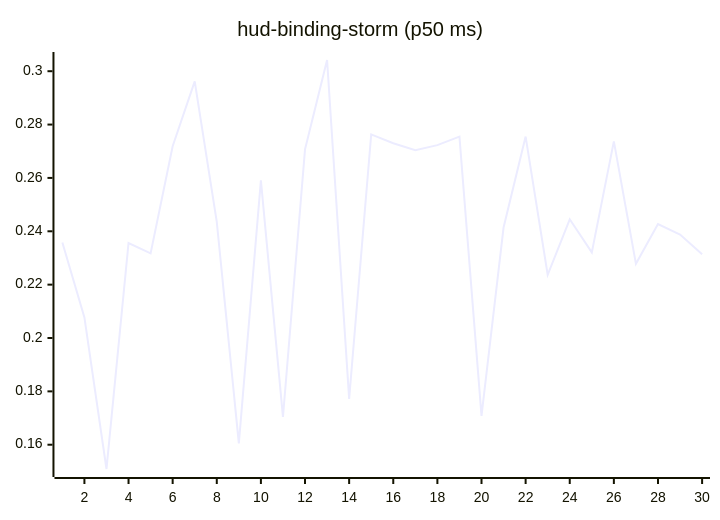
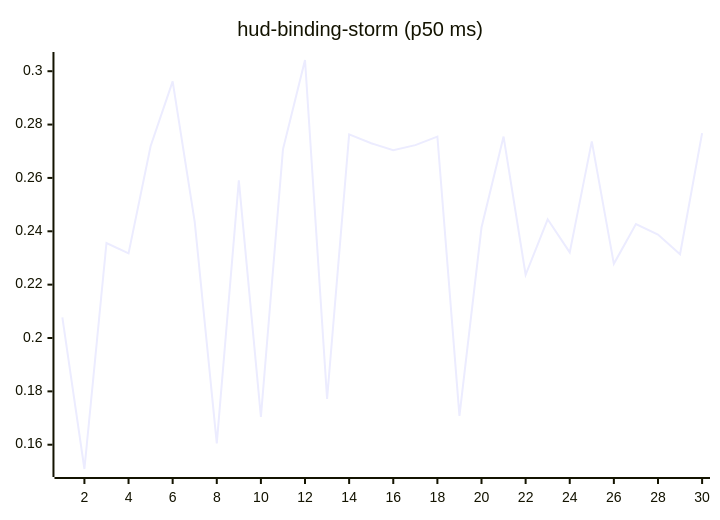
Before and after one commit to josha/Facet: the tenth of 27 diagrams in README.md, drawn with Mermaid. The commit also changed other lines of this file and 2 other files, not shown here.

````diff
--- a/README.md
+++ b/README.md
@@ -126,6 +126,6 @@
 ```mermaid
 xychart-beta
     title "hud-binding-storm (p50 ms)"
     x-axis 1 --> 30
-    line [0.2358, 0.2077, 0.1509, 0.2356, 0.2317, 0.2719, 0.2962, 0.2435, 0.1605, 0.2591, 0.1704, 0.2707, 0.3042, 0.1772, 0.2763, 0.2730, 0.2704, 0.2723, 0.2755, 0.1708, 0.2414, 0.2755, 0.2237, 0.2445, 0.2321, 0.2737, 0.2278, 0.2427, 0.2388, 0.2314]
+    line [0.2077, 0.1509, 0.2356, 0.2317, 0.2719, 0.2962, 0.2435, 0.1605, 0.2591, 0.1704, 0.2707, 0.3042, 0.1772, 0.2763, 0.2730, 0.2704, 0.2723, 0.2755, 0.1708, 0.2414, 0.2755, 0.2237, 0.2445, 0.2321, 0.2737, 0.2278, 0.2427, 0.2388, 0.2314, 0.2768]
 ```
````
